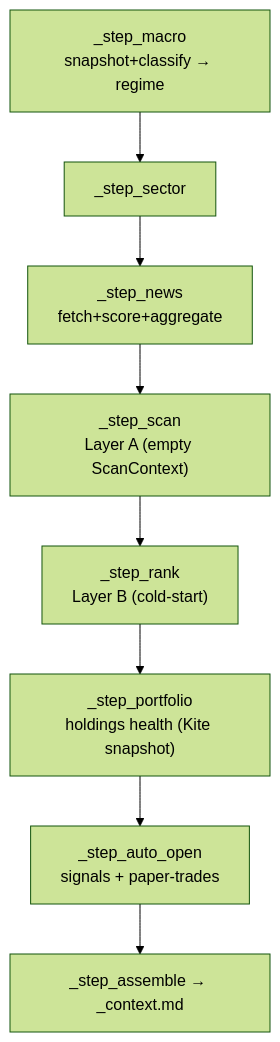
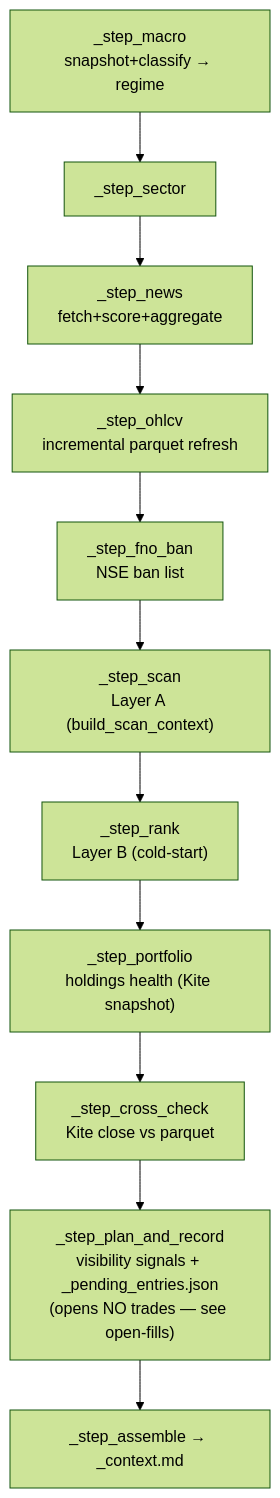
The second of 2 diagrams in docs/architecture/07-jobs-workflows.md (alladdinkumar/Trading), drawn with Mermaid (forest theme) before and after one commit. The commit also changed other lines of this file and 6 other files, not shown here.

First line of the commit message:
docs(arch): refresh 00-08 for the plan/fill split and current system shape

````diff
--- a/docs/architecture/07-jobs-workflows.md
+++ b/docs/architecture/07-jobs-workflows.md
@@ -65,10 +75,13 @@
 ```mermaid
 flowchart TD
     M["_step_macro<br/>snapshot+classify → regime"] --> SEC["_step_sector"]
     SEC --> N["_step_news<br/>fetch+score+aggregate"]
-    N --> SC["_step_scan<br/>Layer A (empty ScanContext)"]
+    N --> OH["_step_ohlcv<br/>incremental parquet refresh"]
+    OH --> FB["_step_fno_ban<br/>NSE ban list"]
+    FB --> SC["_step_scan<br/>Layer A (build_scan_context)"]
     SC --> RK["_step_rank<br/>Layer B (cold-start)"]
     RK --> PF["_step_portfolio<br/>holdings health (Kite snapshot)"]
-    PF --> AO["_step_auto_open<br/>signals + paper-trades"]
-    AO --> AS["_step_assemble → _context.md"]
+    PF --> CC["_step_cross_check<br/>Kite close vs parquet"]
+    CC --> PL["_step_plan_and_record<br/>visibility signals + _pending_entries.json<br/>(opens NO trades — see open-fills)"]
+    PL --> AS["_step_assemble → _context.md"]
 ```
````
